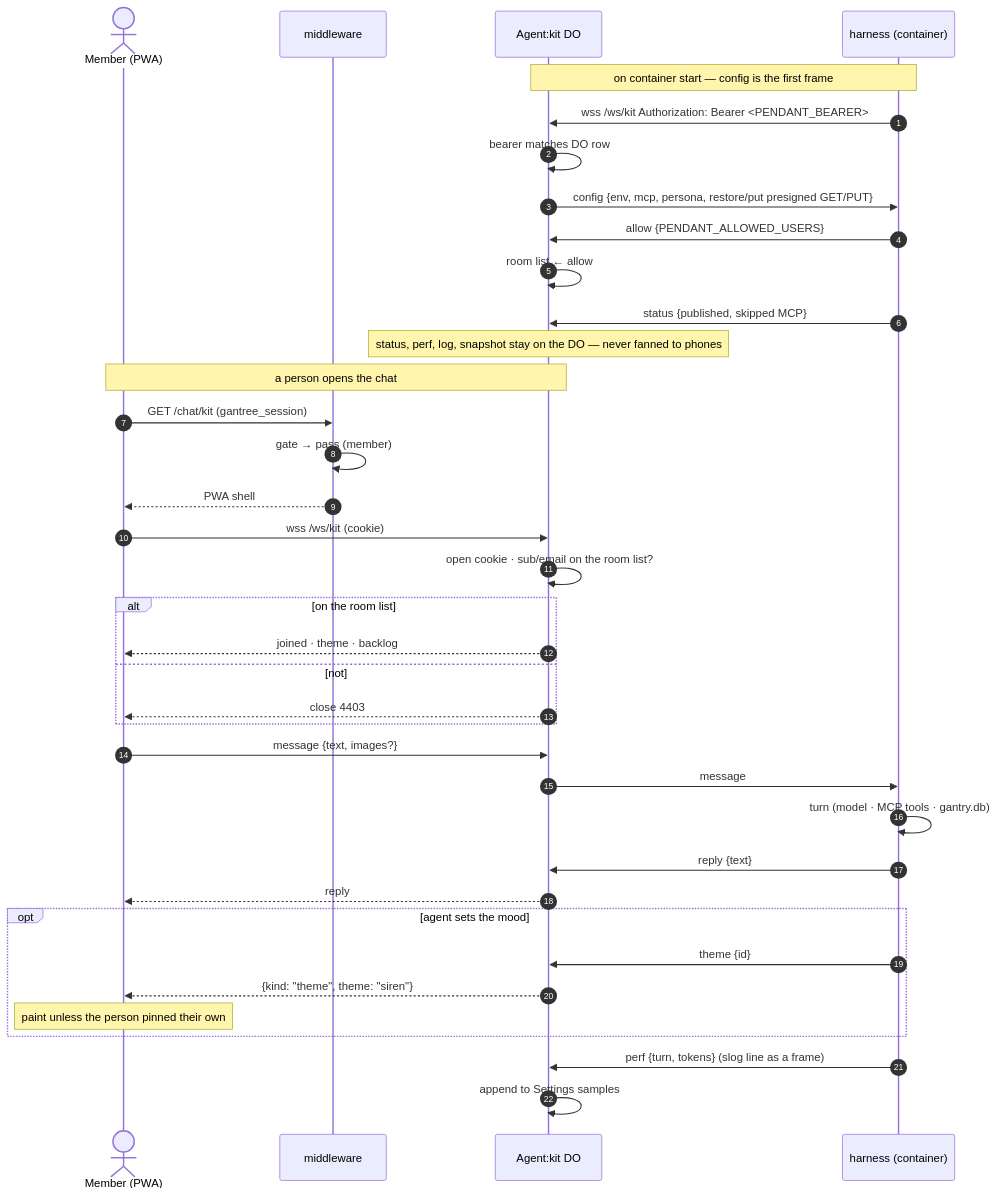
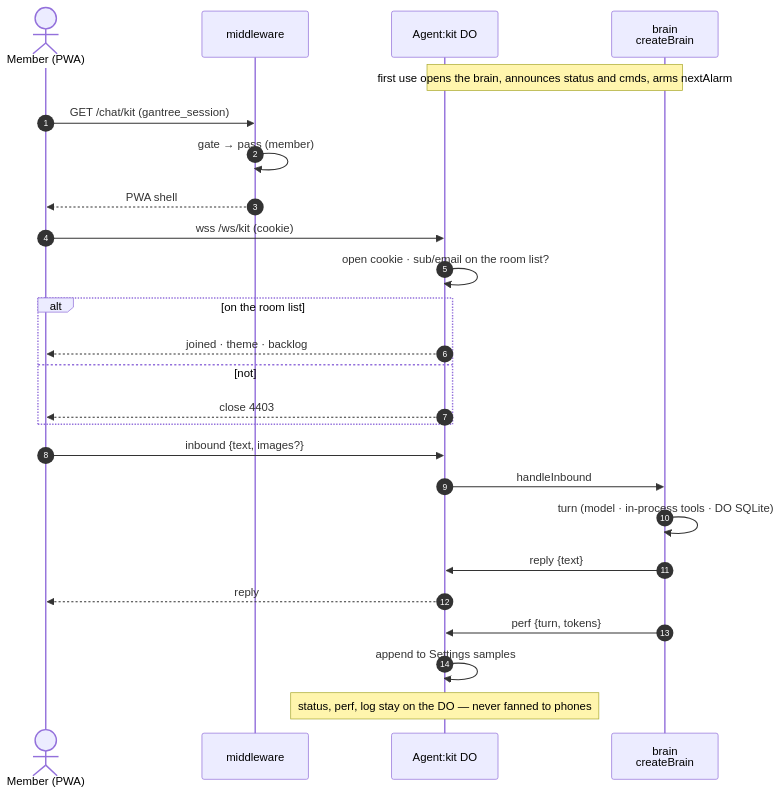
The sixth of 14 diagrams in docs/architecture.md (shotah/gantree2), drawn with Mermaid before and after one commit. The commit also changed other lines of this file and 1526 other files, not shown here.

````diff
--- a/docs/architecture.md
+++ b/docs/architecture.md
@@ -235,42 +273,29 @@
 ```mermaid
 sequenceDiagram
   autonumber
   actor M as Member (PWA)
   participant MW as middleware
   participant A as Agent:kit DO
-  participant H as harness (container)
+  participant B as brain<br/>createBrain
 
-  Note over H,A: on container start — config is the first frame
-  H->>A: wss /ws/kit  Authorization: Bearer <PENDANT_BEARER>
-  A->>A: bearer matches DO row
-  A->>H: config {env, mcp, persona, restore/put presigned GET/PUT}
-  H->>A: allow {PENDANT_ALLOWED_USERS}
-  A->>A: room list ← allow
-  H->>A: status {published, skipped MCP}
-  Note over A: status, perf, log, snapshot stay on the DO — never fanned to phones
-
-  Note over M,A: a person opens the chat
+  Note over A,B: first use opens the brain, announces status and cmds, arms nextAlarm
   M->>MW: GET /chat/kit (gantree_session)
   MW->>MW: gate → pass (member)
   MW-->>M: PWA shell
   M->>A: wss /ws/kit (cookie)
   A->>A: open cookie · sub/email on the room list?
   alt on the room list
     A-->>M: joined · theme · backlog
   else not
     A-->>M: close 4403
   end
 
-  M->>A: message {text, images?}
-  A->>H: message
-  H->>H: turn (model · MCP tools · gantry.db)
-  H->>A: reply {text}
+  M->>A: inbound {text, images?}
+  A->>B: handleInbound
+  B->>B: turn (model · in-process tools · DO SQLite)
+  B->>A: reply {text}
   A-->>M: reply
-  opt agent sets the mood
-    H->>A: theme {id}
-    A-->>M: {kind: "theme", theme: "siren"}
-    Note over M: paint unless the person pinned their own
-  end
-  H->>A: perf {turn, tokens}  (slog line as a frame)
+  B->>A: perf {turn, tokens}
   A->>A: append to Settings samples
+  Note over A: status, perf, log stay on the DO — never fanned to phones
 ```
````
